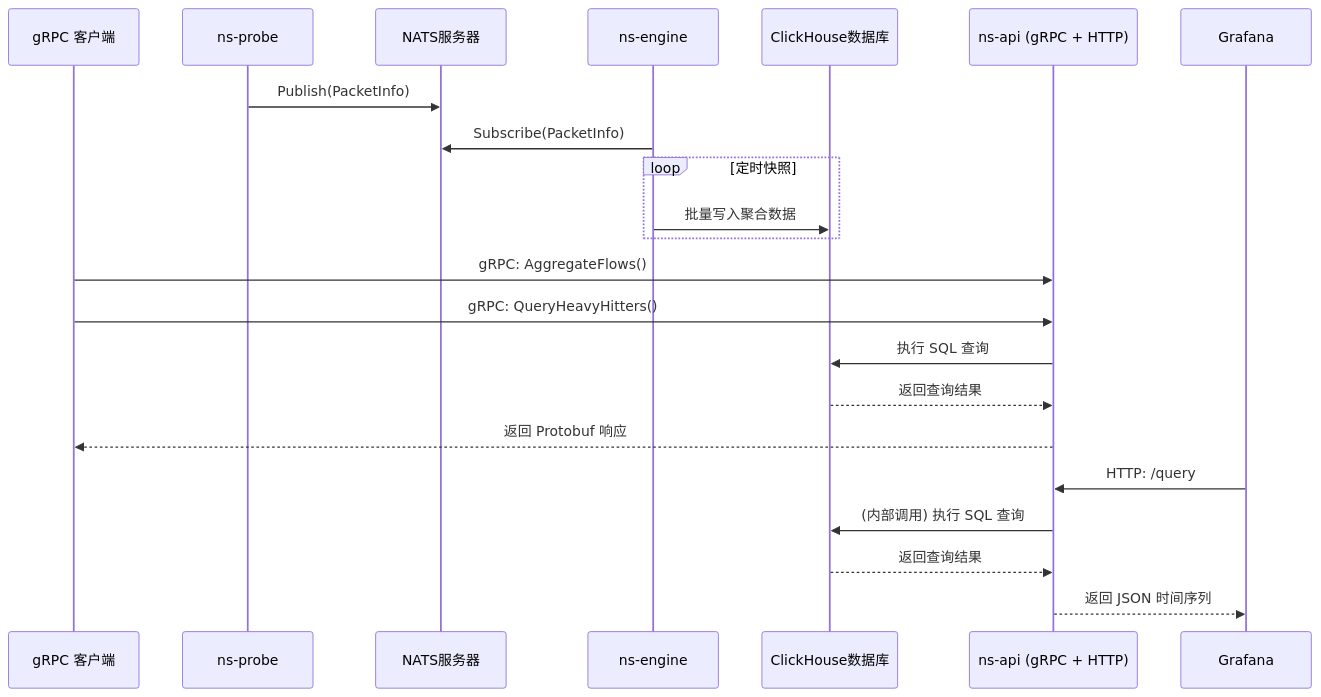
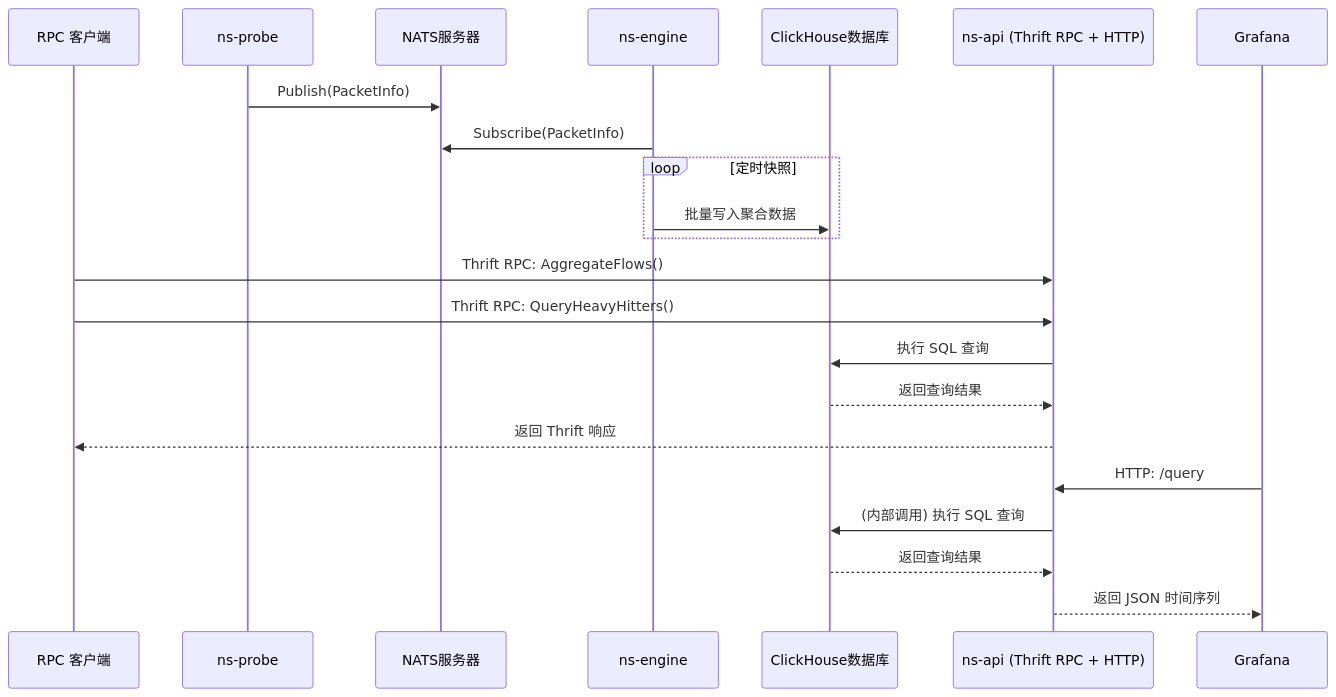
The fourth of 4 diagrams in doc/technology.md (Decade-qiu/Go2NetSpectra), drawn with Mermaid before and after one commit. The commit also changed other lines of this file and 81 other files, not shown here.

````diff
--- a/doc/technology.md
+++ b/doc/technology.md
@@ -408,27 +408,27 @@
 ```mermaid
 sequenceDiagram
-    participant User as gRPC 客户端
+    participant User as RPC 客户端
     participant Probe as ns-probe
     participant NATS as NATS服务器
     participant Engine as ns-engine
     participant ClickHouse as ClickHouse数据库
-    participant API as ns-api (gRPC + HTTP)
+    participant API as ns-api (Thrift RPC + HTTP)
     participant Grafana as Grafana
 
     Probe->>NATS: Publish(PacketInfo)
     Engine->>NATS: Subscribe(PacketInfo)
     loop 定时快照
         Engine->>ClickHouse: 批量写入聚合数据
     end
 
-    User->>API: gRPC: AggregateFlows()
-    User->>API: gRPC: QueryHeavyHitters()
+    User->>API: Thrift RPC: AggregateFlows()
+    User->>API: Thrift RPC: QueryHeavyHitters()
     API->>ClickHouse: 执行 SQL 查询
     ClickHouse-->>API: 返回查询结果
-    API-->>User: 返回 Protobuf 响应
+    API-->>User: 返回 Thrift 响应
 
     Grafana->>API: HTTP: /query
     API->>ClickHouse: (内部调用) 执行 SQL 查询
     ClickHouse-->>API: 返回查询结果
     API-->>Grafana: 返回 JSON 时间序列
 ```
````
